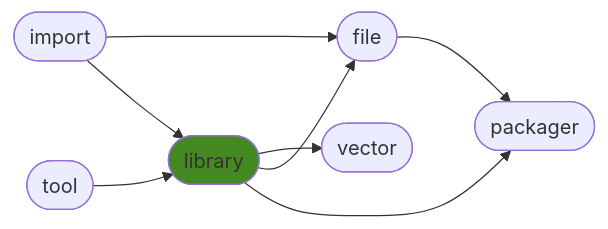
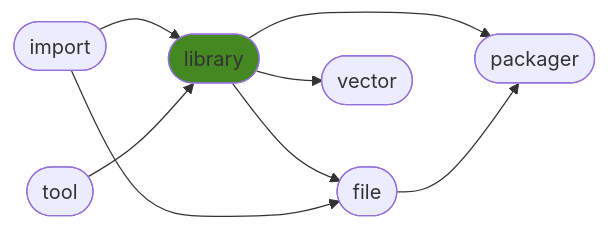
One commit to ManderaGeneral/generallibrary changed the diagram in README.md. Above: the diagram before and after it, drawn with Mermaid. The commit also changed other lines of this file, not shown here.

````diff
--- a/README.md
+++ b/README.md
@@ -24,17 +24,17 @@
 ```mermaid
 flowchart LR
+0([import]) --> 2([library])
 2([library]) --> 4([vector])
-0([import]) --> 3([file])
-0([import]) --> 2([library])
+2([library]) --> 5([packager])
 2([library]) --> 3([file])
 1([tool]) --> 2([library])
-2([library]) --> 5([packager])
+0([import]) --> 3([file])
 3([file]) --> 5([packager])
 click 0 "https://github.com/ManderaGeneral/generalimport"
 click 1 "https://github.com/ManderaGeneral/generaltool"
 click 2 "https://github.com/ManderaGeneral/generallibrary"
 click 3 "https://github.com/ManderaGeneral/generalfile"
 click 4 "https://github.com/ManderaGeneral/generalvector"
 click 5 "https://github.com/ManderaGeneral/generalpackager"
 style 2 fill:#482
 ```
````
